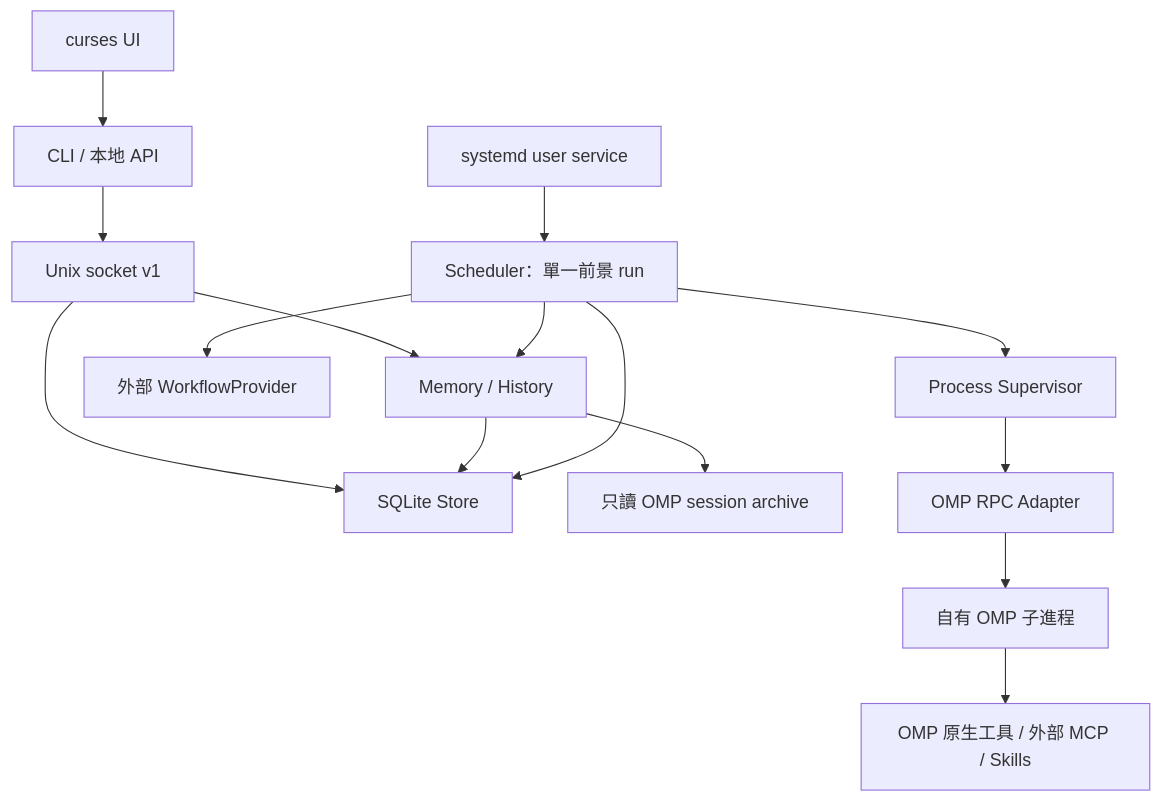
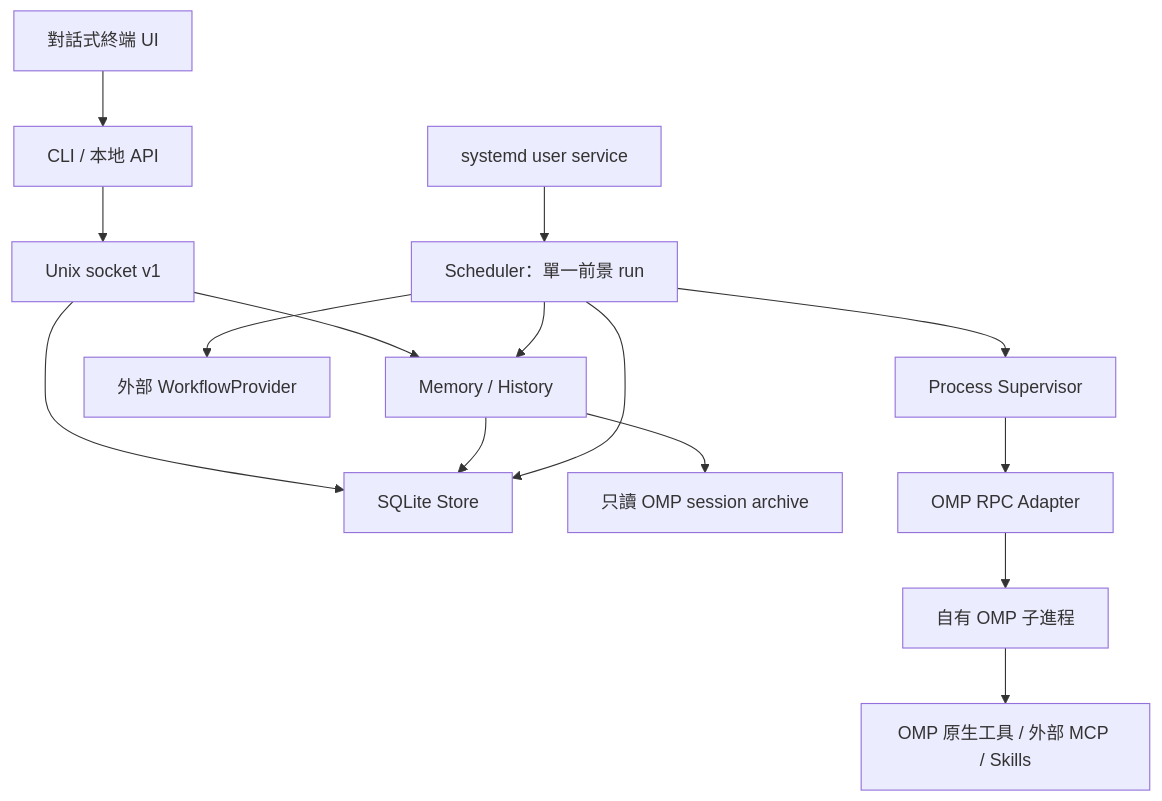
One commit to ETO-leader/Paveway changed the diagram in docs/architecture.md. Above: the diagram before and after it, drawn with Mermaid. The commit also changed other lines of this file and 36 other files, not shown here.

````diff
--- a/docs/architecture.md
+++ b/docs/architecture.md
@@ -33,17 +35,17 @@
 ```mermaid
 flowchart TD
-    TUI[curses UI] --> CLI
+    TUI[對話式終端 UI] --> CLI
     CLI[CLI / 本地 API] --> IPC[Unix socket v1]
     IPC --> Store[SQLite Store]
     IPC --> Memory[Memory / History]
     Memory --> Store
     Memory --> Archive[只讀 OMP session archive]
     Scheduler[Scheduler：單一前景 run] --> Store
     Scheduler --> Memory
     Scheduler --> Workflow[外部 WorkflowProvider]
     Scheduler --> Supervisor[Process Supervisor]
     Supervisor --> Adapter[OMP RPC Adapter]
     Adapter --> OMP[自有 OMP 子進程]
     OMP --> Tools[OMP 原生工具 / 外部 MCP / Skills]
     Systemd[systemd user service] --> Scheduler
 ```
````
